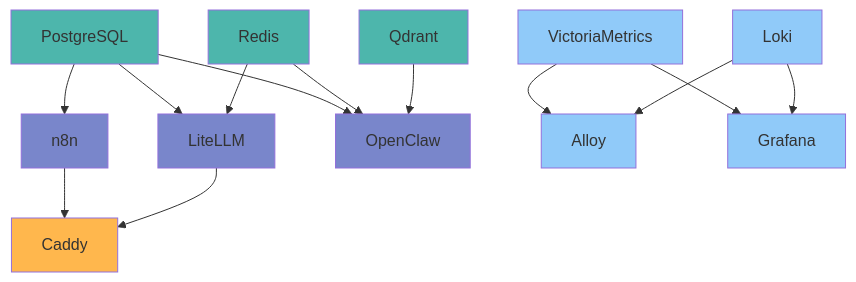
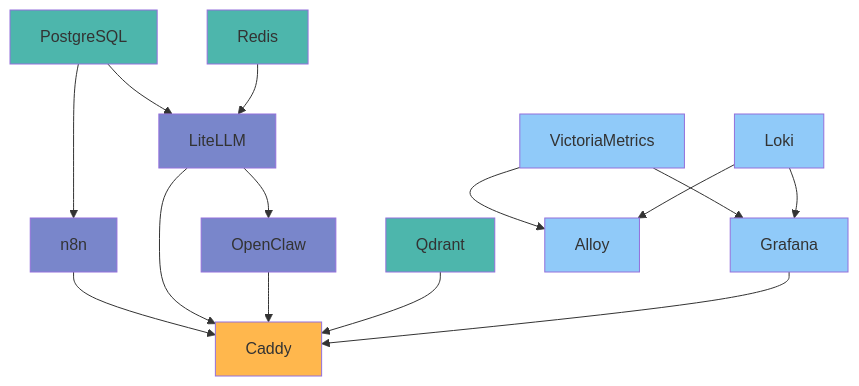
Before and after one commit to Mobutoo/VPAI: the fifth of 5 diagrams in docs/ARCHITECTURE.md, drawn with Mermaid. The commit also changed other lines of this file and 4 other files, not shown here.

First line of the commit message:
docs: update all documentation for subdomain architecture + fix pids_limit

````diff
--- a/docs/ARCHITECTURE.md
+++ b/docs/ARCHITECTURE.md
@@ -226,28 +224,30 @@
 ```mermaid
 graph TD
     PG["PostgreSQL"] --> N8N["n8n"]
     PG --> LL["LiteLLM"]
-    PG --> OC["OpenClaw"]
     RD["Redis"] --> LL
-    RD --> OC
-    QD["Qdrant"] --> OC
+    QD["Qdrant"]
+    LL --> OC["OpenClaw"]
     N8N --> CDY["Caddy"]
     LL --> CDY
+    OC --> CDY
+    QD --> CDY
+    GF["Grafana"] --> CDY
 
     VM["VictoriaMetrics"] --> ALY["Alloy"]
     LK["Loki"] --> ALY
-    VM --> GF["Grafana"]
+    VM --> GF
     LK --> GF
 
     style PG fill:#4DB6AC
     style RD fill:#4DB6AC
     style QD fill:#4DB6AC
     style N8N fill:#7986CB
     style LL fill:#7986CB
     style OC fill:#7986CB
     style CDY fill:#FFB74D
     style VM fill:#90CAF9
     style LK fill:#90CAF9
     style ALY fill:#90CAF9
     style GF fill:#90CAF9
 ```
````
